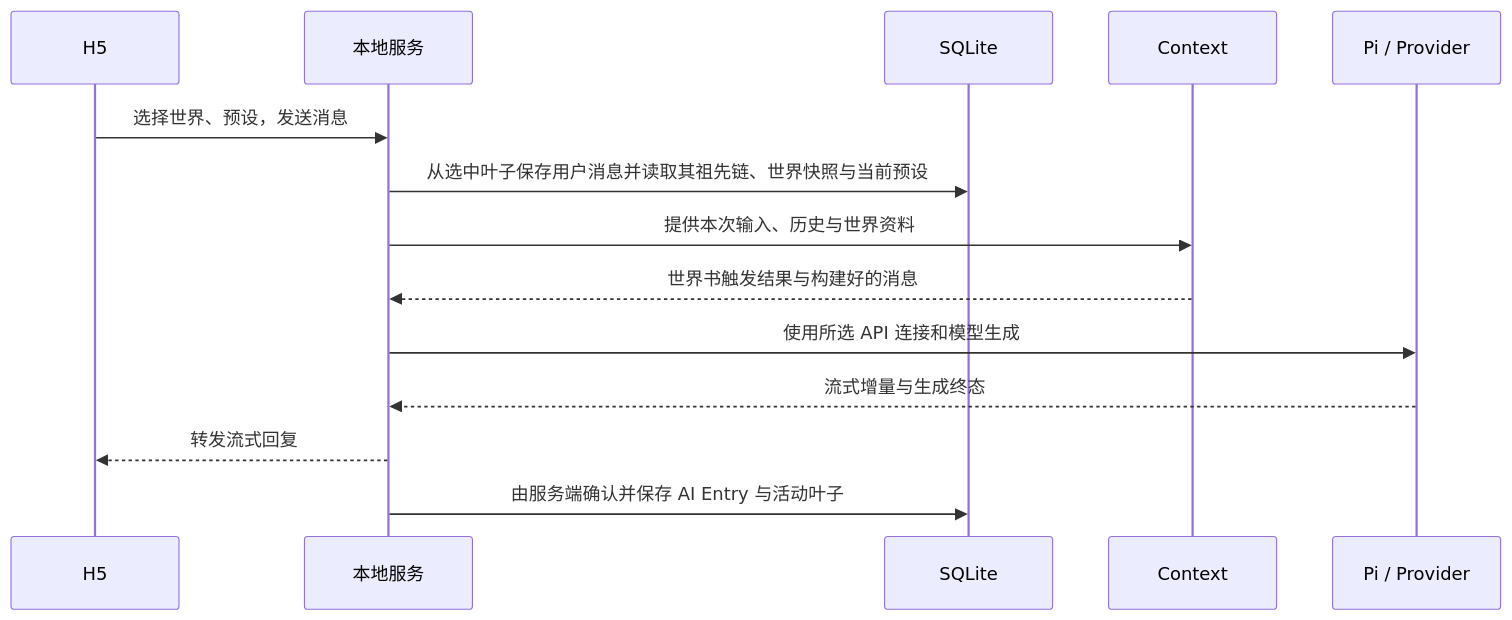
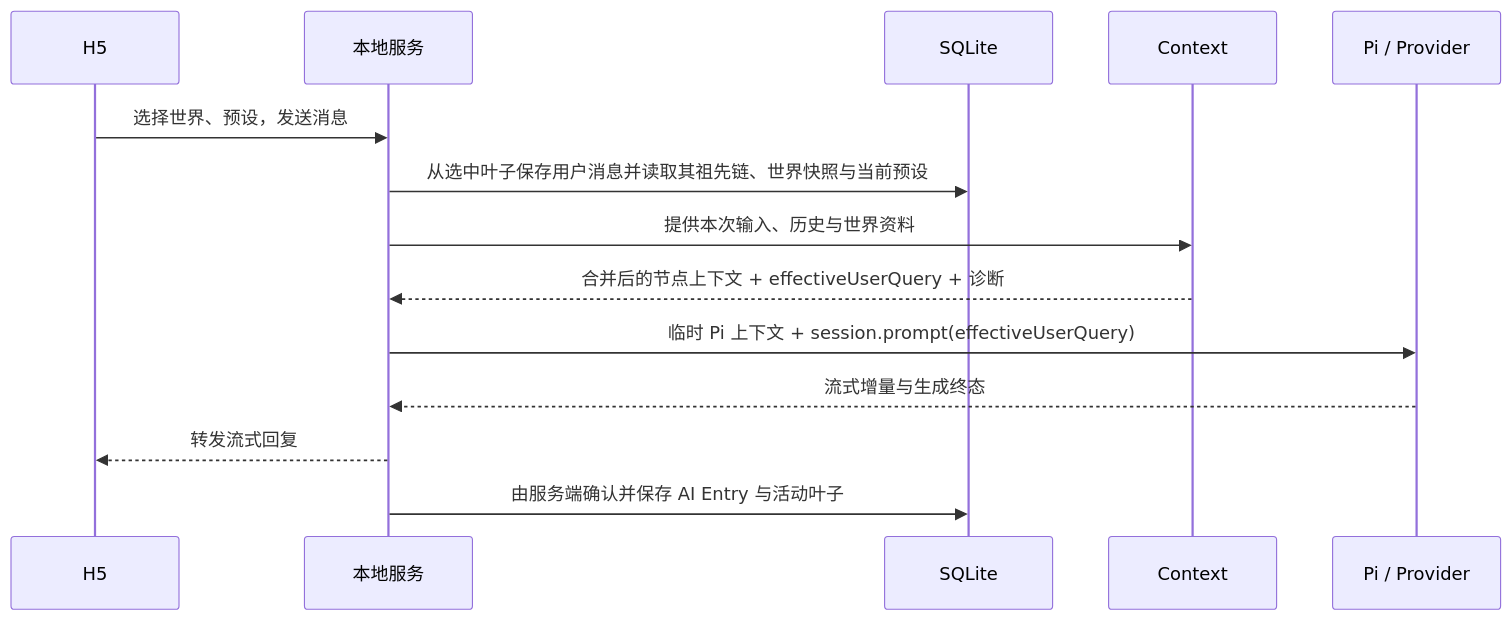
One commit to huiru-wang/SillyRealms changed the second of 2 diagrams in docs/technical/architecture.md. Above: the diagram before and after it, drawn with Mermaid. The commit also changed other lines of this file and 10 other files, not shown here.

````diff
--- a/docs/technical/architecture.md
+++ b/docs/technical/architecture.md
@@ -61,16 +61,16 @@
 ```mermaid
 sequenceDiagram
  participant U as H5
  participant S as 本地服务
  participant D as SQLite
  participant C as Context
  participant A as Pi / Provider
  U->>S: 选择世界、预设，发送消息
  S->>D: 从选中叶子保存用户消息并读取其祖先链、世界快照与当前预设
  S->>C: 提供本次输入、历史与世界资料
- C-->>S: 世界书触发结果与构建好的消息
- S->>A: 使用所选 API 连接和模型生成
+ C-->>S: 合并后的节点上下文 + effectiveUserQuery + 诊断
+ S->>A: 临时 Pi 上下文 + session.prompt(effectiveUserQuery)
  A-->>S: 流式增量与生成终态
  S-->>U: 转发流式回复
  S->>D: 由服务端确认并保存 AI Entry 与活动叶子
 ```
````
